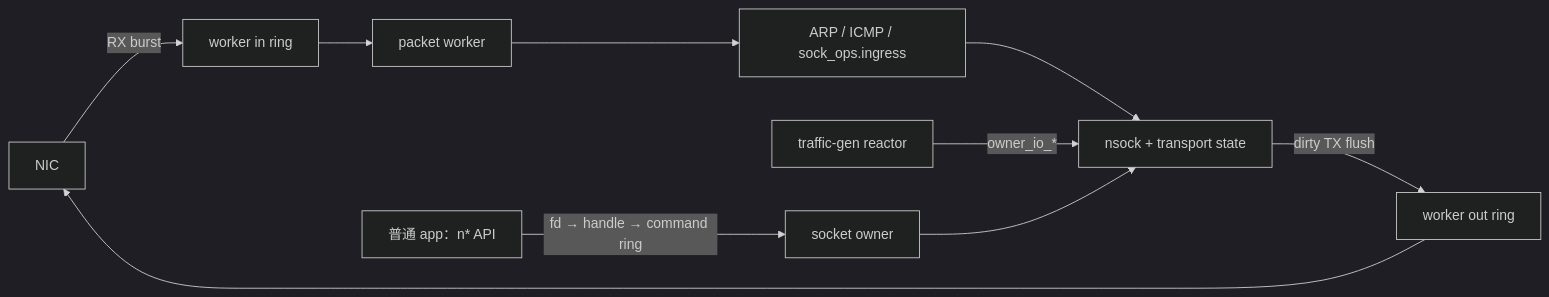
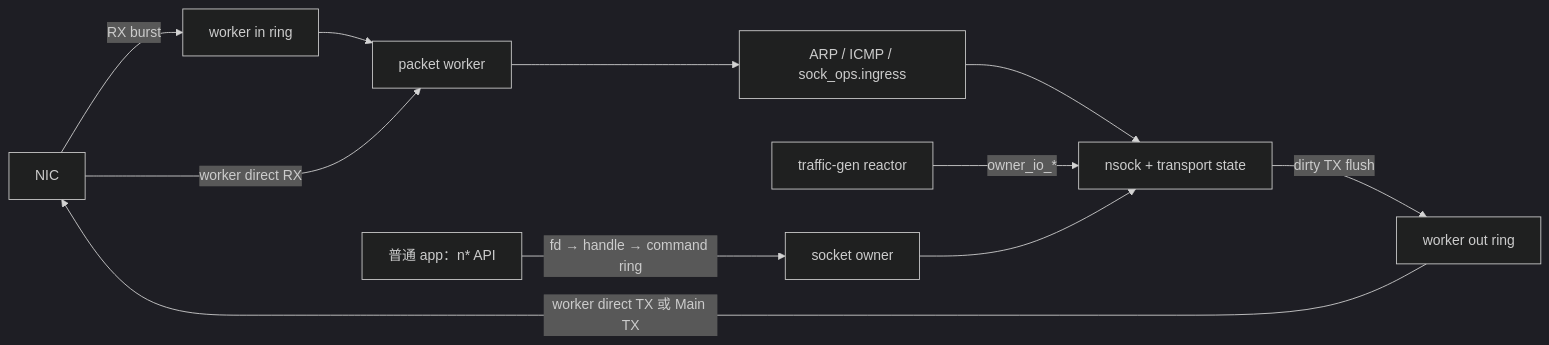
Before and after one commit to john2-ui/SnowTG: the second of 2 diagrams in docs/TODO.md, drawn with Mermaid (dark theme). The commit also changed other lines of this file and 1 other file, not shown here.

````diff
--- a/docs/TODO.md
+++ b/docs/TODO.md
@@ -83,12 +167,13 @@
 ```mermaid
 flowchart LR
     NIC -->|RX burst| InRing["worker in ring"]
     InRing --> Worker["packet worker"]
+    NIC -->|worker direct RX| Worker
     Worker --> Dispatch["ARP / ICMP / sock_ops.ingress"]
     Dispatch --> NSock["nsock + transport state"]
     App["普通 app：n* API"] -->|fd → handle → command ring| Owner["socket owner"]
     Reactor["traffic-gen reactor"] -->|owner_io_*| NSock
     Owner --> NSock
     NSock -->|dirty TX flush| OutRing["worker out ring"]
-    OutRing --> NIC
+    OutRing -->|worker direct TX 或 Main TX| NIC
 ```
````
